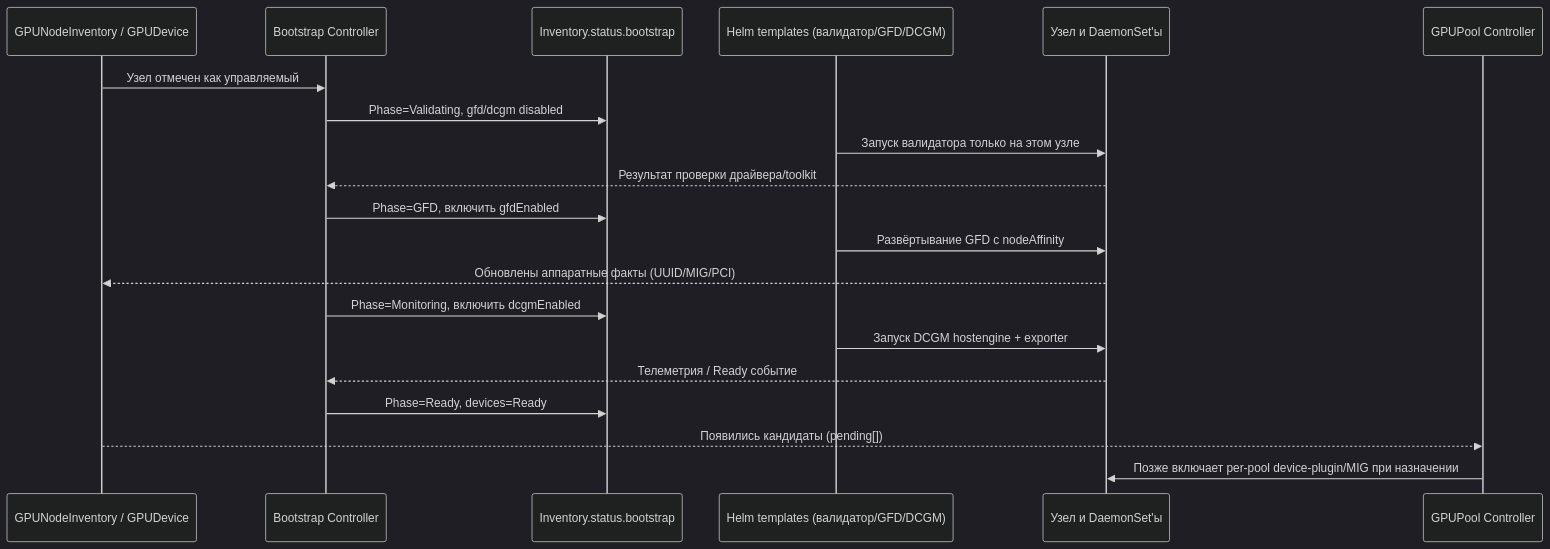
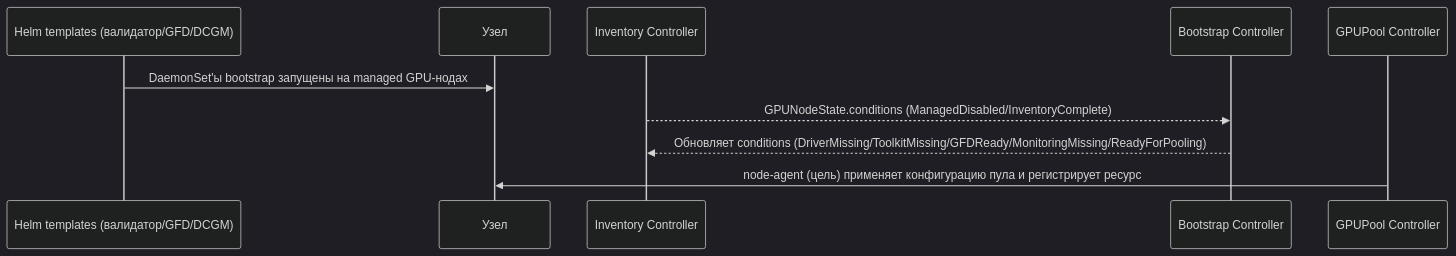
Before and after one commit to aleksandr-podmoskovniy/gpu-control-plane: the third of 7 diagrams in docs/adr/ADR-gpu-control-plane.ru.md, drawn with Mermaid (dark theme). The commit also changed other lines of this file and 253 other files, not shown here.

````diff
--- a/docs/adr/ADR-gpu-control-plane.ru.md
+++ b/docs/adr/ADR-gpu-control-plane.ru.md
@@ -774,22 +781,12 @@
 ```mermaid
 sequenceDiagram
-    participant Inv as GPUNodeInventory / GPUDevice
+    participant Helm as Helm templates (валидатор/GFD/DCGM)
+    participant Node as Узел
+    participant Inv as Inventory Controller
     participant Boot as Bootstrap Controller
-    participant State as Inventory.status.bootstrap
-    participant Helm as Helm templates (валидатор/GFD/DCGM)
-    participant Node as Узел и DaemonSet'ы
     participant Pool as GPUPool Controller
-    Inv->>Boot: Узел отмечен как управляемый
-    Boot->>State: Phase=Validating, gfd/dcgm disabled
-    Helm->>Node: Запуск валидатора только на этом узле
-    Node-->>Boot: Результат проверки драйвера/toolkit
-    Boot->>State: Phase=GFD, включить gfdEnabled
-    Helm->>Node: Развёртывание GFD с nodeAffinity
-    Node-->>Inv: Обновлены аппаратные факты (UUID/MIG/PCI)
-    Boot->>State: Phase=Monitoring, включить dcgmEnabled
-    Helm->>Node: Запуск DCGM hostengine + exporter
-    Node-->>Boot: Телеметрия / Ready событие
-    Boot->>State: Phase=Ready, devices=Ready
-    Inv-->>Pool: Появились кандидаты (pending[])
-    Pool->>Node: Позже включает per-pool device-plugin/MIG при назначении
+    Helm->>Node: DaemonSet'ы bootstrap запущены на managed GPU-нодах
+    Inv-->>Boot: GPUNodeState.conditions (ManagedDisabled/InventoryComplete)
+    Boot-->>Inv: Обновляет conditions (DriverMissing/ToolkitMissing/GFDReady/MonitoringMissing/ReadyForPooling)
+    Pool->>Node: node-agent (цель) применяет конфигурацию пула и регистрирует ресурс
 ```
````
